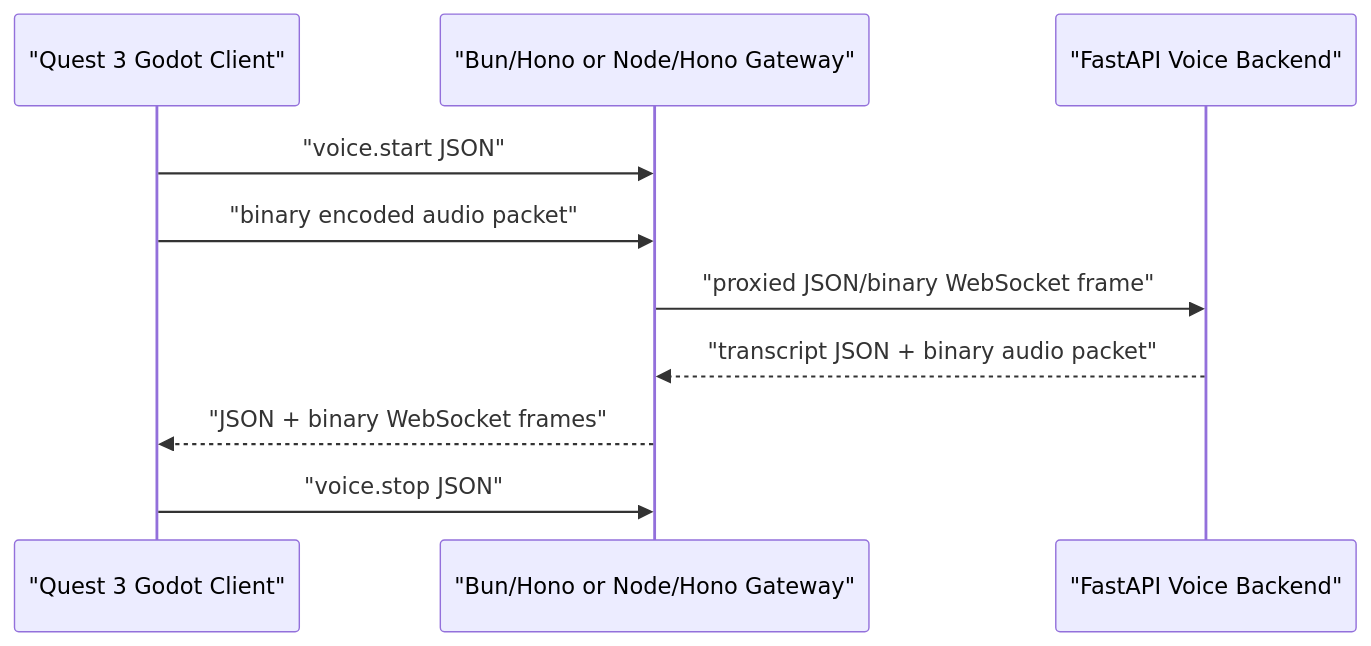
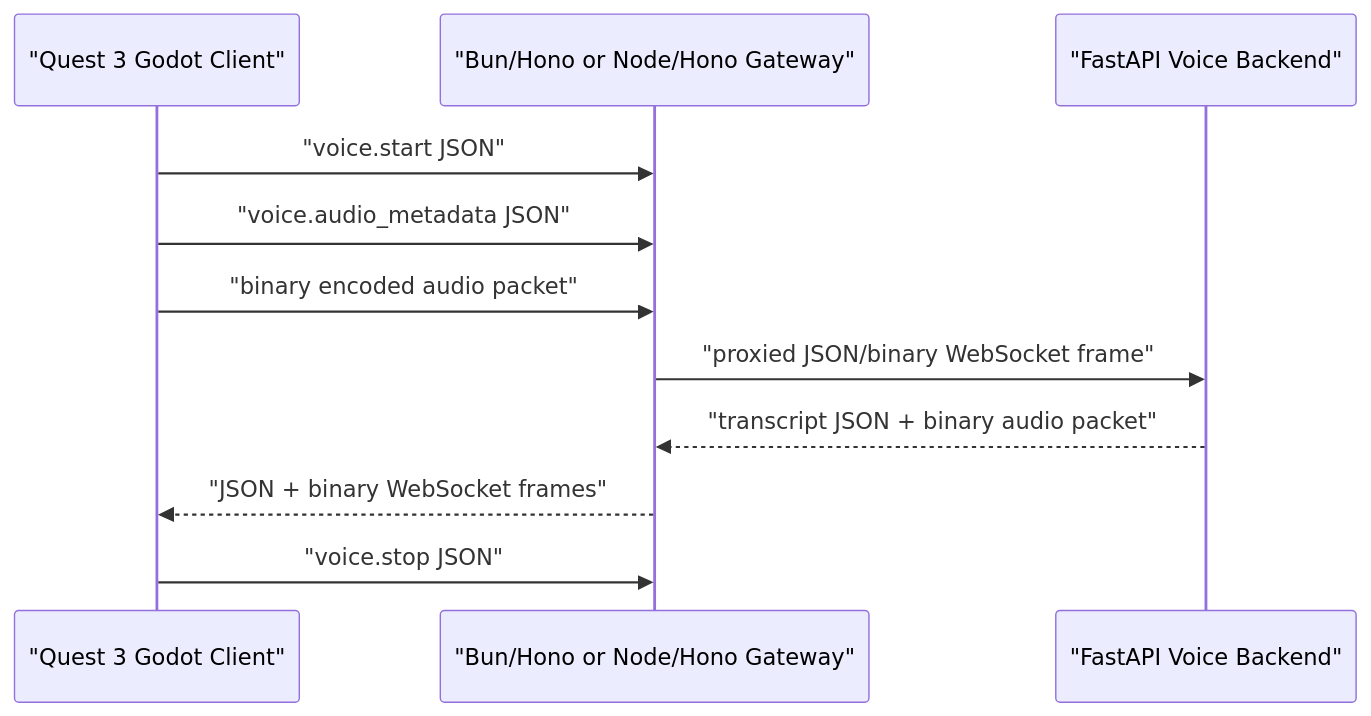
The diagram in docs/openclinxr/godot-quest-voice-client-spike.md (simnova/OpenClinXR), drawn with Mermaid before and after one commit. The commit also changed other lines of this file and 8 other files, not shown here.

Commit message:
feat: add realtime voice frame metadata

````diff
--- a/docs/openclinxr/godot-quest-voice-client-spike.md
+++ b/docs/openclinxr/godot-quest-voice-client-spike.md
@@ -13,13 +13,14 @@
 ```mermaid
 sequenceDiagram
   participant Client as "Quest 3 Godot Client"
   participant Gateway as "Bun/Hono or Node/Hono Gateway"
   participant Backend as "FastAPI Voice Backend"
 
   Client->>Gateway: "voice.start JSON"
+  Client->>Gateway: "voice.audio_metadata JSON"
   Client->>Gateway: "binary encoded audio packet"
   Gateway->>Backend: "proxied JSON/binary WebSocket frame"
   Backend-->>Gateway: "transcript JSON + binary audio packet"
   Gateway-->>Client: "JSON + binary WebSocket frames"
   Client->>Gateway: "voice.stop JSON"
 ```
````
